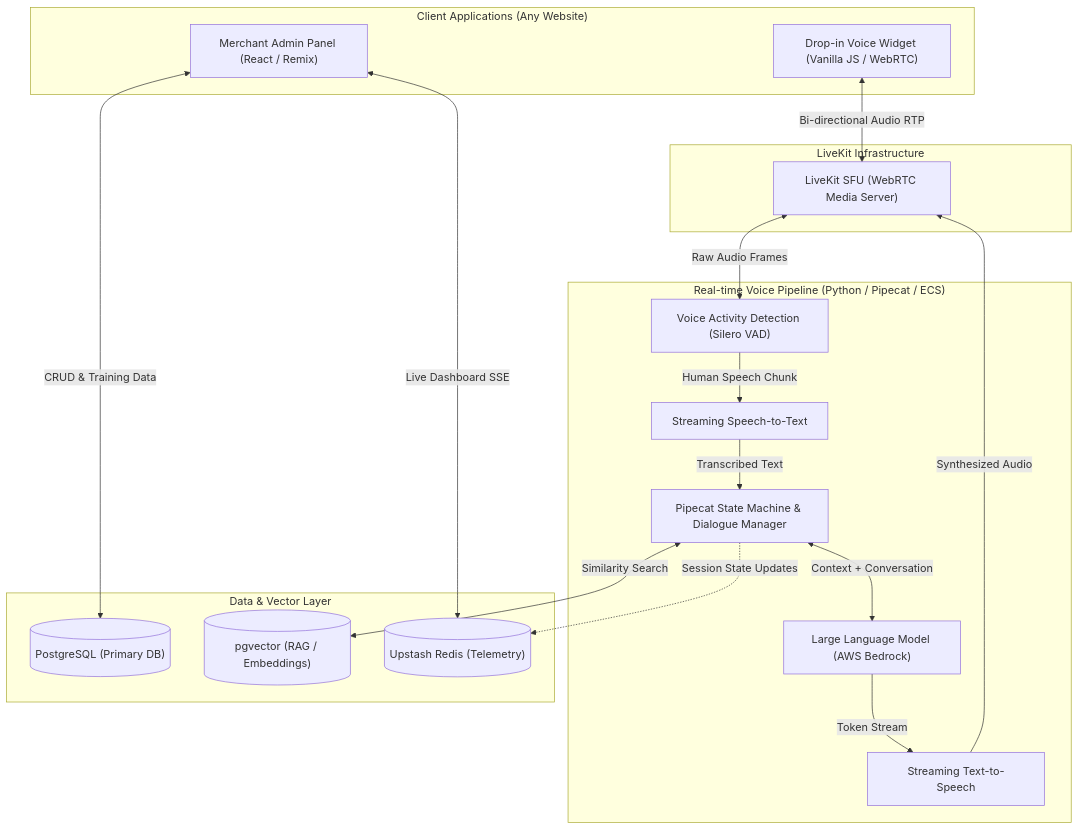
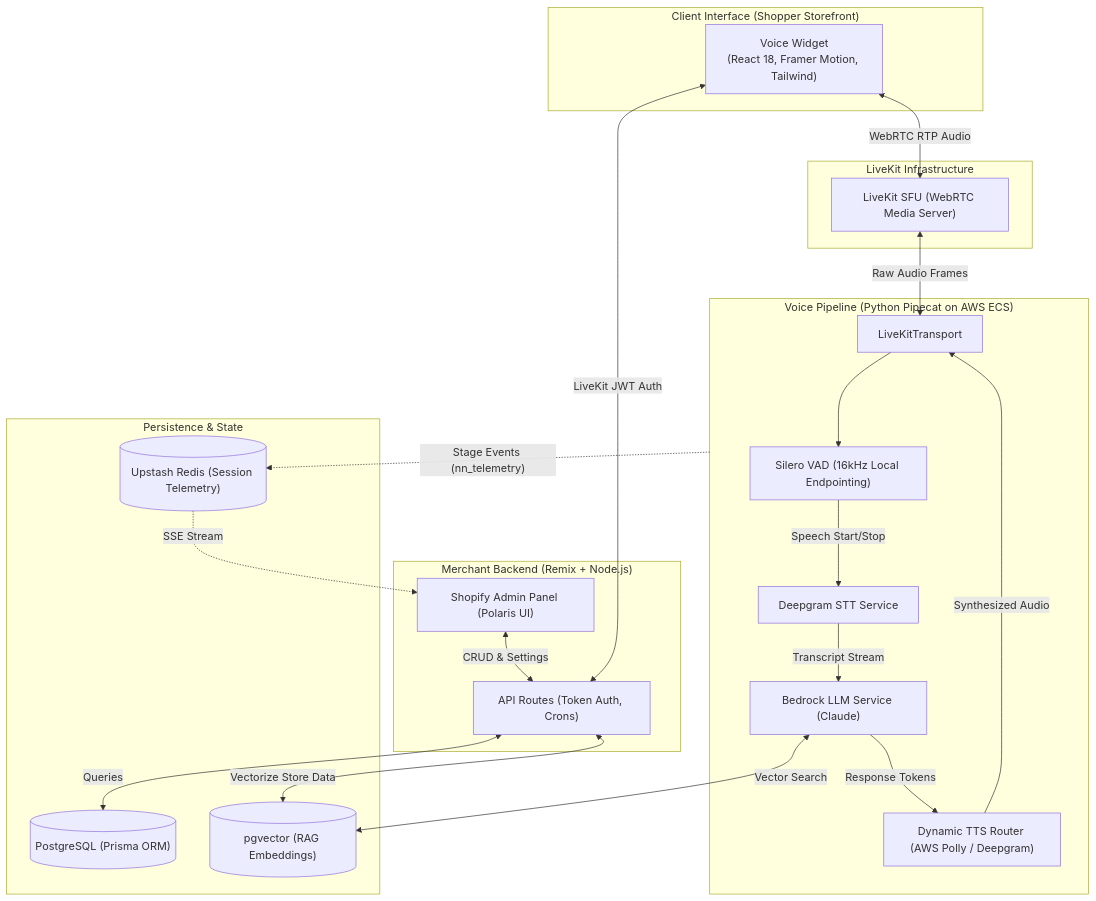
The diagram in README.md (yugrpatel/shopkeeper-portfolio), drawn with Mermaid before and after one commit. The commit also changed other lines of this file, not shown here.

Commit message:
Rewrite architecture to be 100% accurate based on actual codebase

````diff
--- a/README.md
+++ b/README.md
@@ -55,48 +56,56 @@
 ```mermaid
 graph TD
     %% Client Layer
-    subgraph Client ["Client Applications (Any Website)"]
-        VW["Drop-in Voice Widget (Vanilla JS / WebRTC)"]
-        MD["Merchant Admin Panel (React / Remix)"]
+    subgraph Client ["Client Interface (Shopper Storefront)"]
+        VW["Voice Widget<br/>(React 18, Framer Motion, Tailwind)"]
+    end
+
+    %% Remix Backend Layer
+    subgraph Dashboard ["Merchant Backend (Remix + Node.js)"]
+        ADMIN["Shopify Admin Panel (Polaris UI)"]
+        API["API Routes (Token Auth, Crons)"]
     end
 
     %% WebRTC Media Layer
     subgraph MediaServer ["LiveKit Infrastructure"]
         LK["LiveKit SFU (WebRTC Media Server)"]
     end
 
     %% Real-time Voice Pipeline (Pipecat)
-    subgraph Pipeline ["Real-time Voice Pipeline (Python / Pipecat / ECS)"]
-        VAD["Voice Activity Detection (Silero VAD)"]
-        STT["Streaming Speech-to-Text"]
-        AGENT["Pipecat State Machine & Dialogue Manager"]
-        LLM["Large Language Model (AWS Bedrock)"]
-        TTS["Streaming Text-to-Speech"]
+    subgraph Pipeline ["Voice Pipeline (Python Pipecat on AWS ECS)"]
+        TRANSPORT["LiveKitTransport"]
+        VAD["Silero VAD (16kHz Local Endpointing)"]
+        STT["Deepgram STT Service"]
+        LLM["Bedrock LLM Service (Claude)"]
+        TTS["Dynamic TTS Router (AWS Polly / Deepgram)"]
     end
 
-    %% RAG & Database Layer
-    subgraph DataLayer ["Data & Vector Layer"]
-        PG[("PostgreSQL (Primary DB)")]
-        VDB[("pgvector (RAG / Embeddings)")]
-        REDIS[("Upstash Redis (Telemetry)")]
+    %% Data & State Layer
+    subgraph DataLayer ["Persistence & State"]
+        PG[("PostgreSQL (Prisma ORM)")]
+        VDB[("pgvector (RAG Embeddings)")]
+        REDIS[("Upstash Redis (Session Telemetry)")]
     end
 
-    %% Connections - Client to Gateway
-    VW <-->|"Bi-directional Audio RTP"| LK
-    MD <-->|"Live Dashboard SSE"| REDIS
+    %% Flow - Widget to Media
+    VW <-->|"LiveKit JWT Auth"| API
+    VW <-->|"WebRTC RTP Audio"| LK
+    
+    %% Media to Pipeline
+    LK <-->|"Raw Audio Frames"| TRANSPORT
+    TRANSPORT --> VAD
+    VAD -->|"Speech Start/Stop"| STT
+    STT -->|"Transcript Stream"| LLM
+    LLM <-->|"Vector Search"| VDB
+    LLM -->|"Response Tokens"| TTS
+    TTS -->|"Synthesized Audio"| TRANSPORT
 
-    %% LiveKit to Pipeline
-    LK <-->|"Raw Audio Frames"| VAD
-    VAD -->|"Human Speech Chunk"| STT
-    STT -->|"Transcribed Text"| AGENT
-    
-    %% AI & Data Routing
-    AGENT <-->|"Similarity Search"| VDB
-    AGENT <-->|"Context + Conversation"| LLM
-    LLM -->|"Token Stream"| TTS
-    TTS -->|"Synthesized Audio"| LK
+    %% Dashboard and DB Connections
+    ADMIN <-->|"CRUD & Settings"| API
+    API <-->|"Queries"| PG
+    API <-->|"Vectorize Store Data"| VDB
 
-    %% State & Persistence
-    AGENT -.->|"Session State Updates"| REDIS
-    MD <-->|"CRUD & Training Data"| PG
+    %% Real-time Telemetry
+    Pipeline -.->|"Stage Events (nn_telemetry)"| REDIS
+    REDIS -.->|"SSE Stream"| ADMIN
 ```
````
